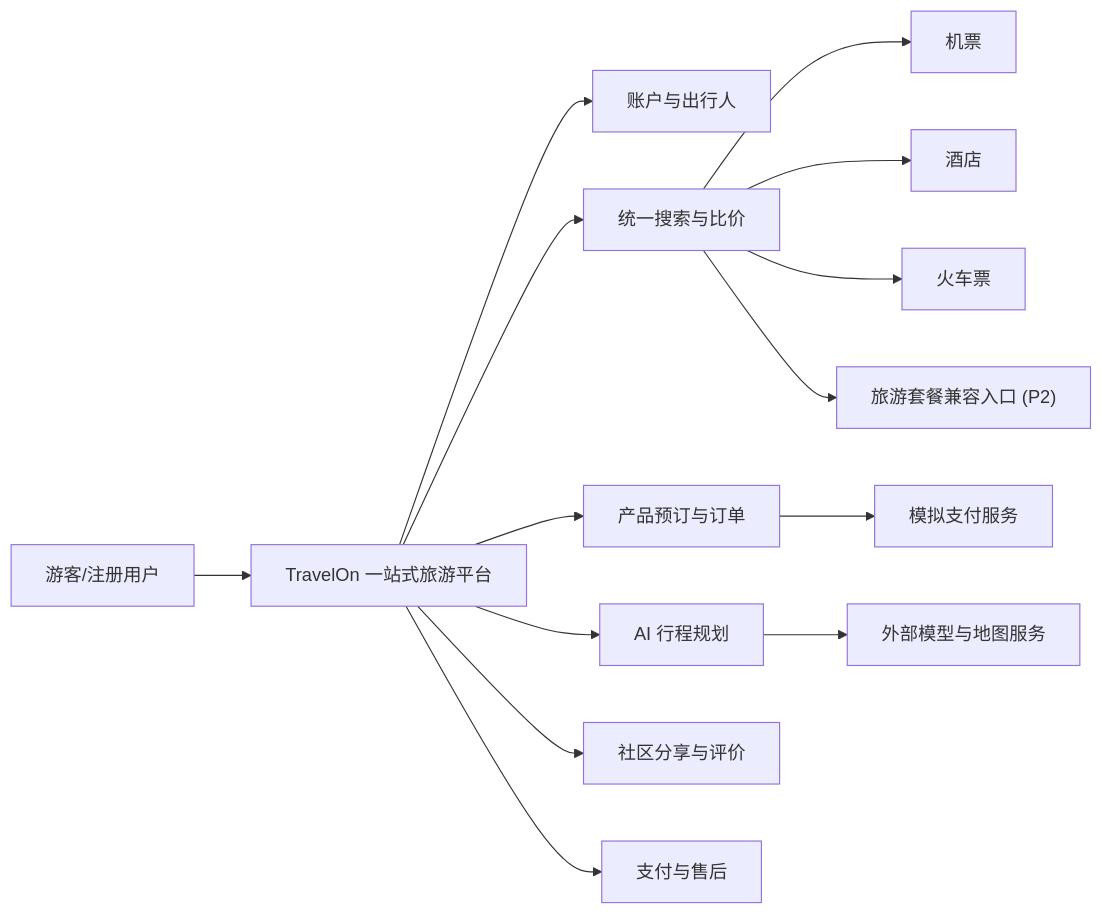
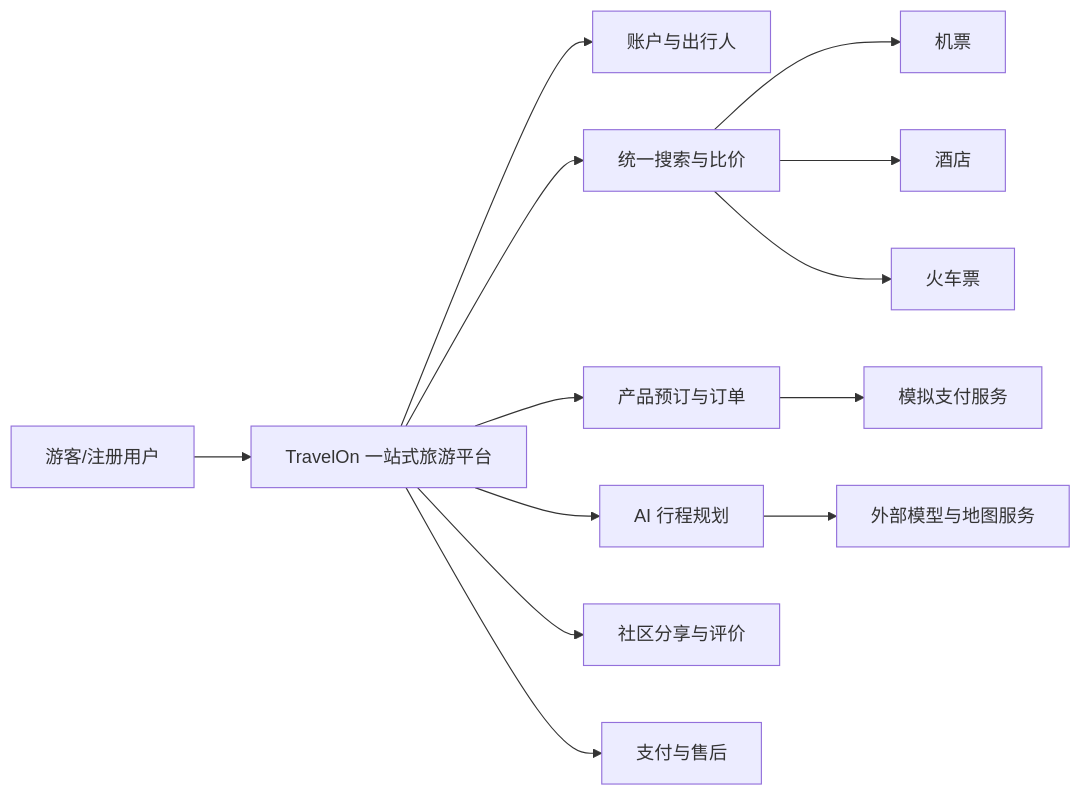
Before and after one commit to QzlabQ/TravelOn: the second of 15 diagrams in docs/需求规格.md, drawn with Mermaid. The commit also changed other lines of this file and 3 other files, not shown here.

````diff
--- a/docs/需求规格.md
+++ b/docs/需求规格.md
@@ -151,16 +154,15 @@
 ```mermaid
 flowchart LR
     User["游客/注册用户"] --> TravelOn["TravelOn 一站式旅游平台"]
     TravelOn --> Account["账户与出行人"]
     TravelOn --> Search["统一搜索与比价"]
     TravelOn --> Booking["产品预订与订单"]
     TravelOn --> Planner["AI 行程规划"]
     TravelOn --> Community["社区分享与评价"]
     TravelOn --> AfterSales["支付与售后"]
     Search --> Flight["机票"]
     Search --> Hotel["酒店"]
     Search --> Train["火车票"]
-    Search --> Vacation["旅游套餐兼容入口 (P2)"]
     Booking --> Payment["模拟支付服务"]
     Planner --> AI["外部模型与地图服务"]
 ```
````
